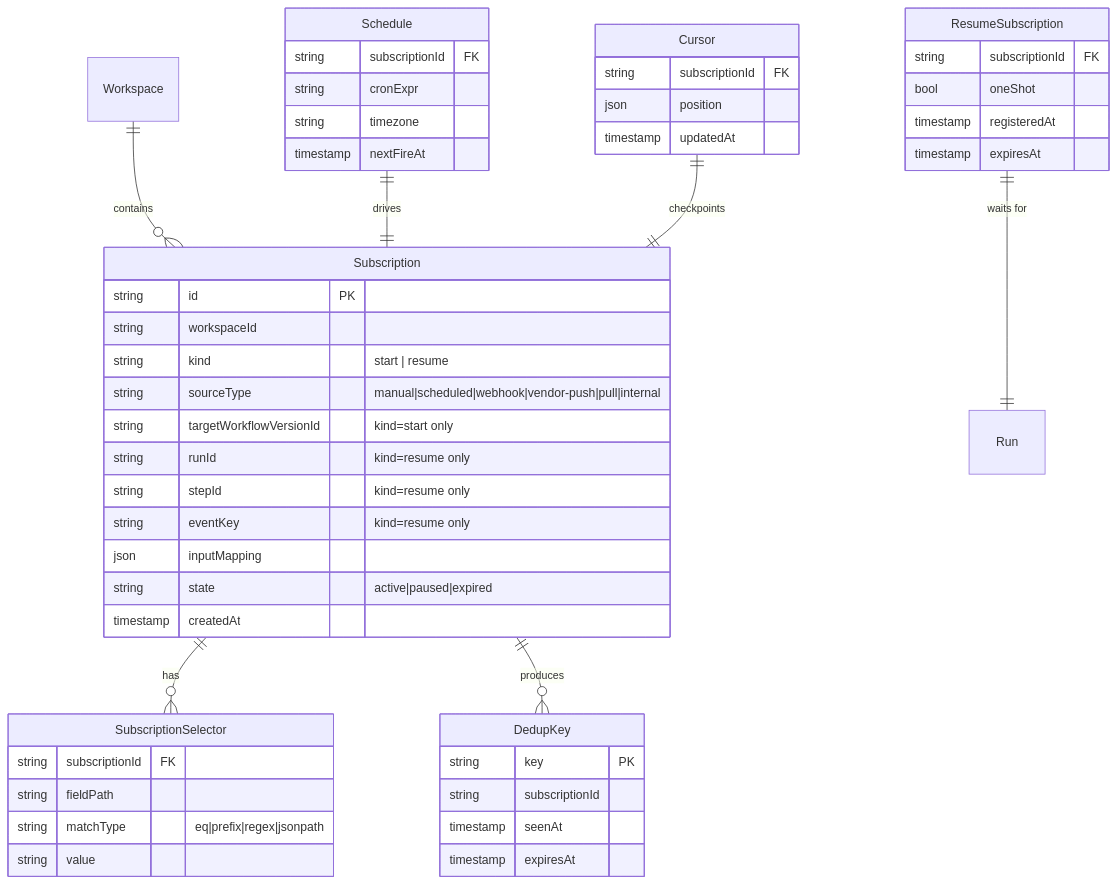
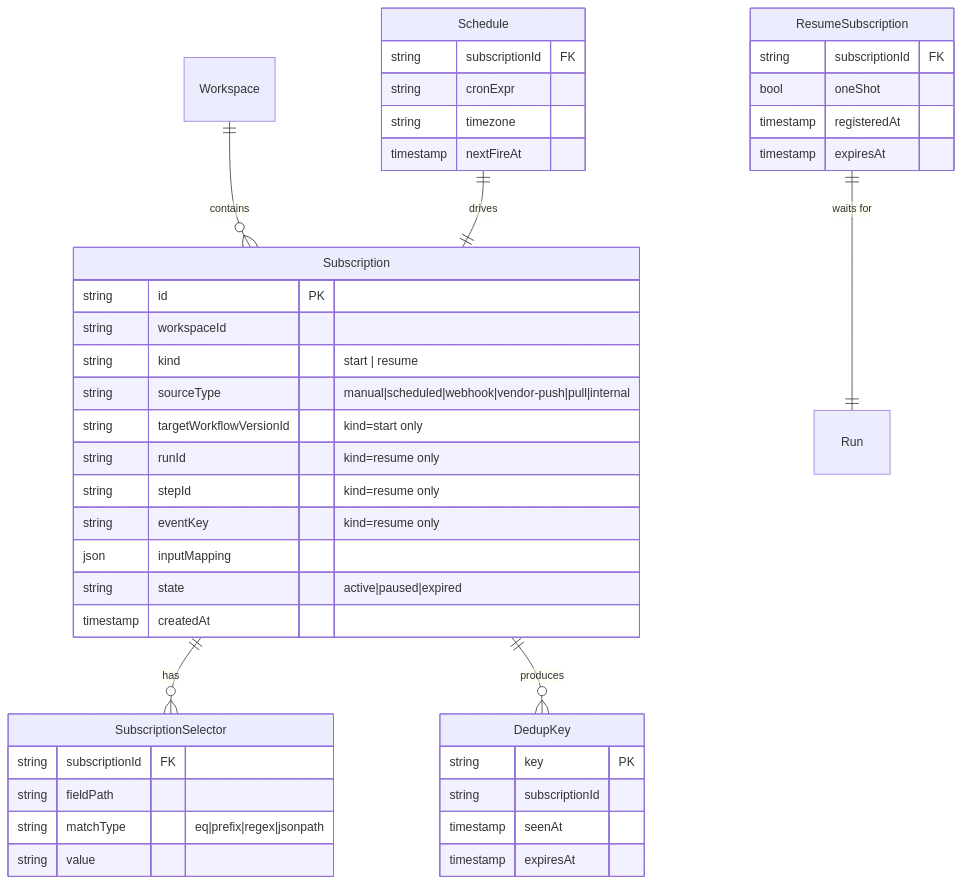
Before and after one commit to toddysm/custos: the sixth of 6 diagrams in design/components/trigger-service/design.md, drawn with Mermaid. The commit also changed other lines of this file and 8 other files, not shown here.

````diff
--- a/design/components/trigger-service/design.md
+++ b/design/components/trigger-service/design.md
@@ -196,57 +196,50 @@
 ```mermaid
 erDiagram
     Workspace ||--o{ Subscription : contains
     Subscription ||--o{ SubscriptionSelector : has
     Subscription ||--o{ DedupKey : produces
     Schedule ||--|| Subscription : drives
-    Cursor ||--|| Subscription : checkpoints
     ResumeSubscription ||--|| Run : "waits for"
 
     Subscription {
         string id PK
         string workspaceId
         string kind "start | resume"
         string sourceType "manual|scheduled|webhook|vendor-push|pull|internal"
         string targetWorkflowVersionId "kind=start only"
         string runId "kind=resume only"
         string stepId "kind=resume only"
         string eventKey "kind=resume only"
         json inputMapping
         string state "active|paused|expired"
         timestamp createdAt
     }
 
     SubscriptionSelector {
         string subscriptionId FK
         string fieldPath
         string matchType "eq|prefix|regex|jsonpath"
         string value
     }
 
     Schedule {
         string subscriptionId FK
         string cronExpr
         string timezone
         timestamp nextFireAt
     }
 
-    Cursor {
-        string subscriptionId FK
-        json position
-        timestamp updatedAt
-    }
-
     DedupKey {
         string key PK
         string subscriptionId
         timestamp seenAt
         timestamp expiresAt
     }
 
     ResumeSubscription {
         string subscriptionId FK
         bool oneShot
         timestamp registeredAt
         timestamp expiresAt
     }
 ```
````
